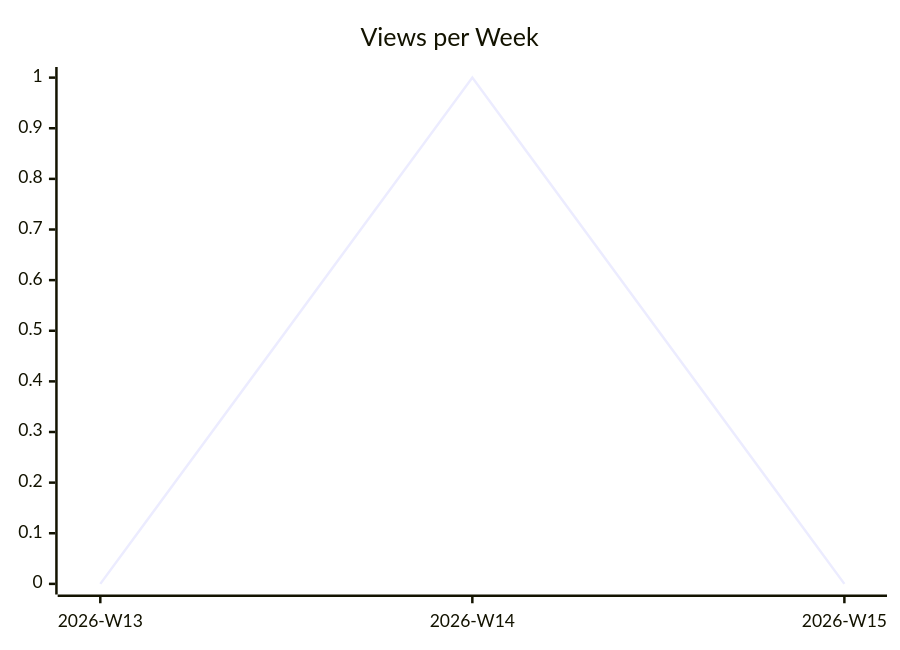
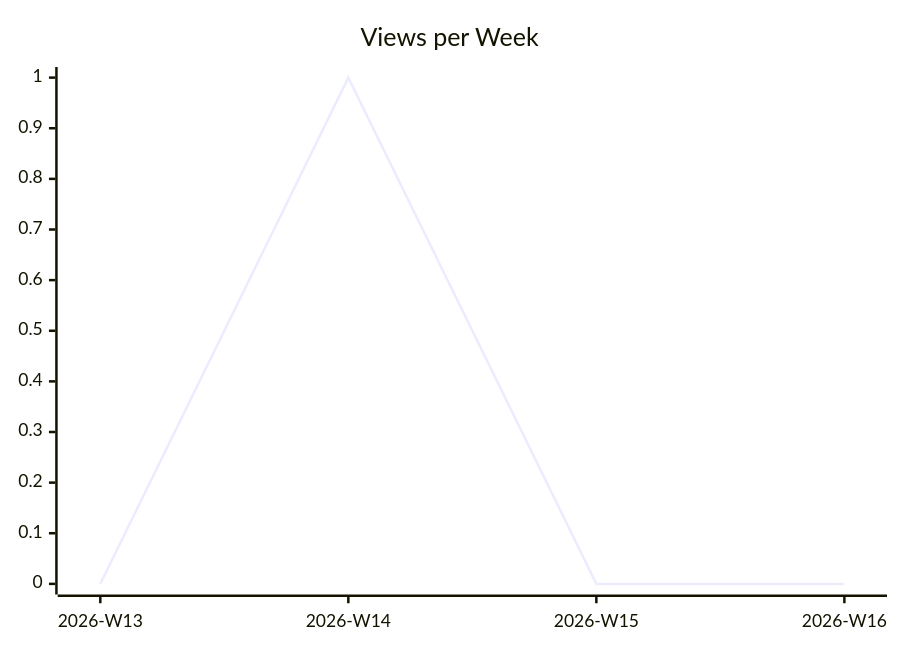
One commit to justdavis-family/github-analytics-data changed the second of 3 diagrams in karlmdavis/todoist-ai/README.md. Above: the diagram before and after it, drawn with Mermaid. The commit also changed other lines of this file and 173 other files, not shown here.

````diff
--- a/karlmdavis/todoist-ai/README.md
+++ b/karlmdavis/todoist-ai/README.md
@@ -12,6 +12,6 @@
 ```mermaid
 xychart-beta
   title "Views per Week"
-  x-axis ["2026-W13", "2026-W14", "2026-W15"]
-  line [0, 1, 0]
+  x-axis ["2026-W13", "2026-W14", "2026-W15", "2026-W16"]
+  line [0, 1, 0, 0]
 ```
````
